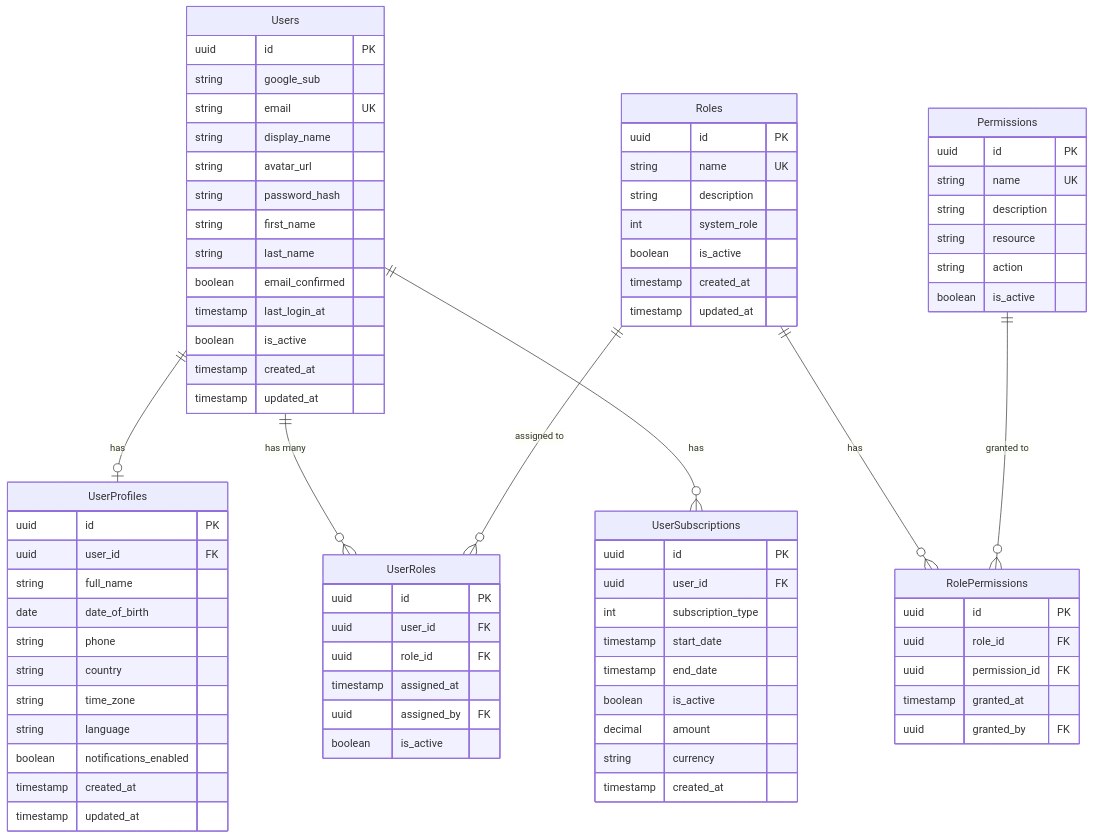
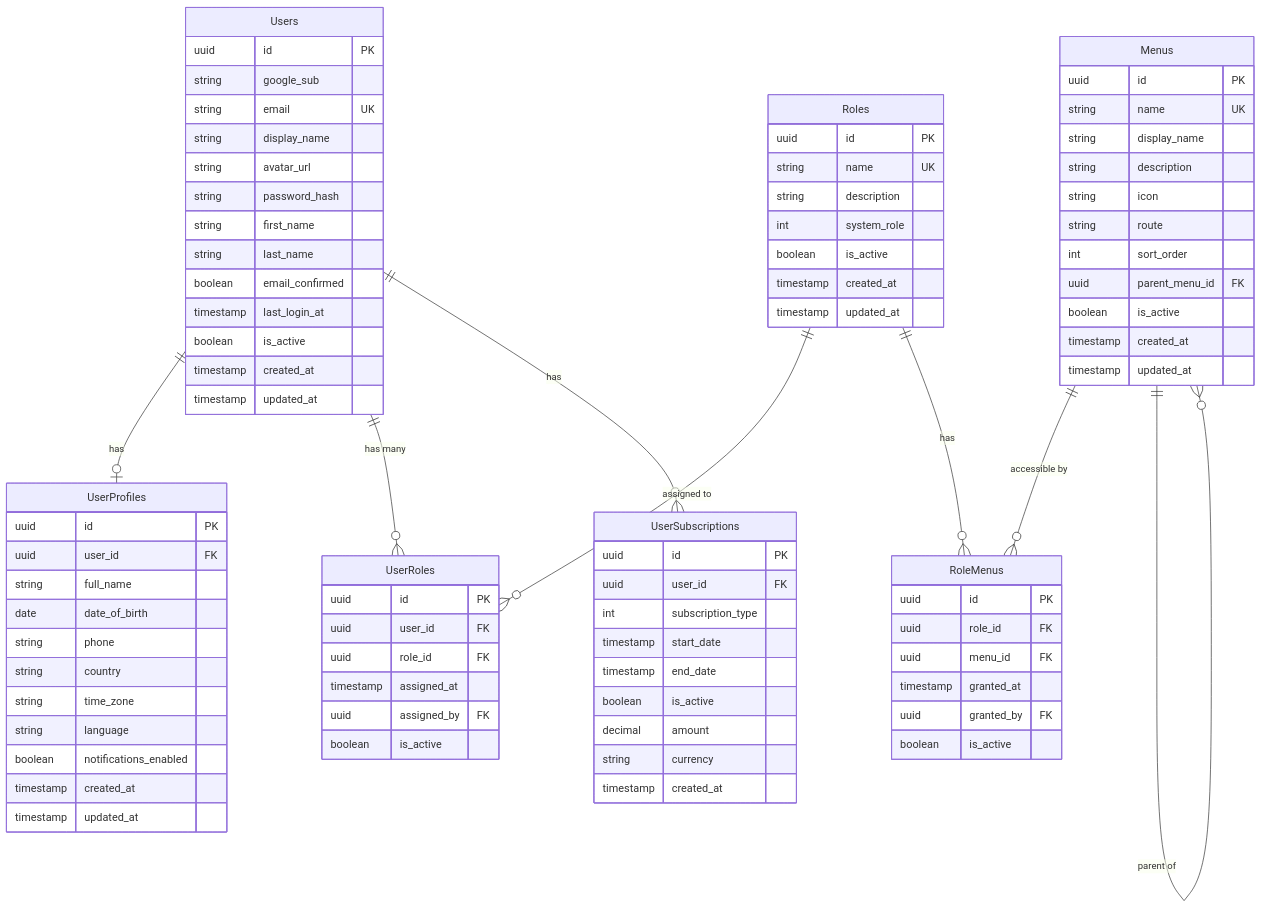
One commit to mdabdullahfaruque/StudyBridgeBD changed diagram 14 of 28 in docs/PROJECT_DOCUMENTATION.md. Above: the diagram before and after it, drawn with Mermaid. The commit also changed other lines of this file and 40 other files, not shown here.

````diff
--- a/docs/PROJECT_DOCUMENTATION.md
+++ b/docs/PROJECT_DOCUMENTATION.md
@@ -628,21 +637,27 @@
         boolean is_active
     }
     
-    Permissions {
+    Menus {
         uuid id PK
         string name UK
+        string display_name
         string description
-        string resource
-        string action
+        string icon
+        string route
+        int sort_order
+        uuid parent_menu_id FK
         boolean is_active
+        timestamp created_at
+        timestamp updated_at
     }
     
-    RolePermissions {
+    RoleMenus {
         uuid id PK
         uuid role_id FK
-        uuid permission_id FK
+        uuid menu_id FK
         timestamp granted_at
         uuid granted_by FK
+        boolean is_active
     }
     
     UserSubscriptions {
@@ -660,7 +675,8 @@
     Users ||--o| UserProfiles : "has"
     Users ||--o{ UserRoles : "has many"
     Roles ||--o{ UserRoles : "assigned to"
-    Roles ||--o{ RolePermissions : "has"
-    Permissions ||--o{ RolePermissions : "granted to"
+    Roles ||--o{ RoleMenus : "has"
+    Menus ||--o{ RoleMenus : "accessible by"
+    Menus ||--o{ Menus : "parent of"
     Users ||--o{ UserSubscriptions : "has"
 ```
````
